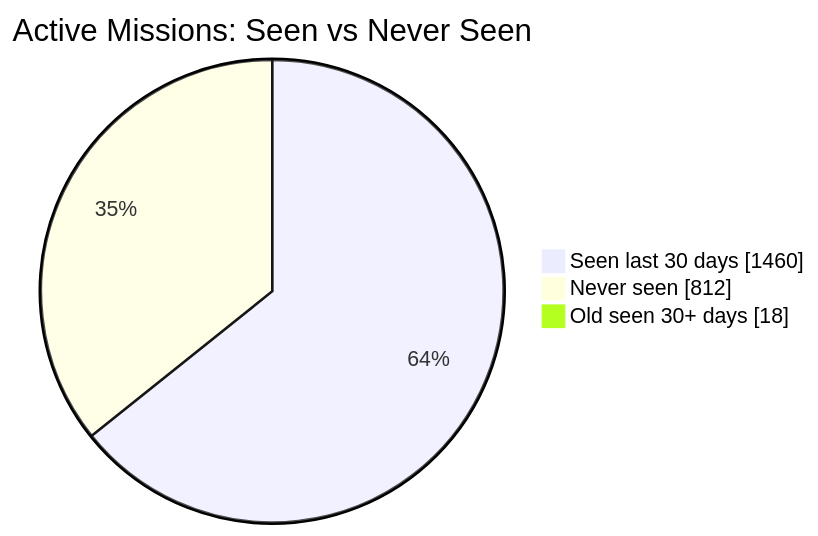
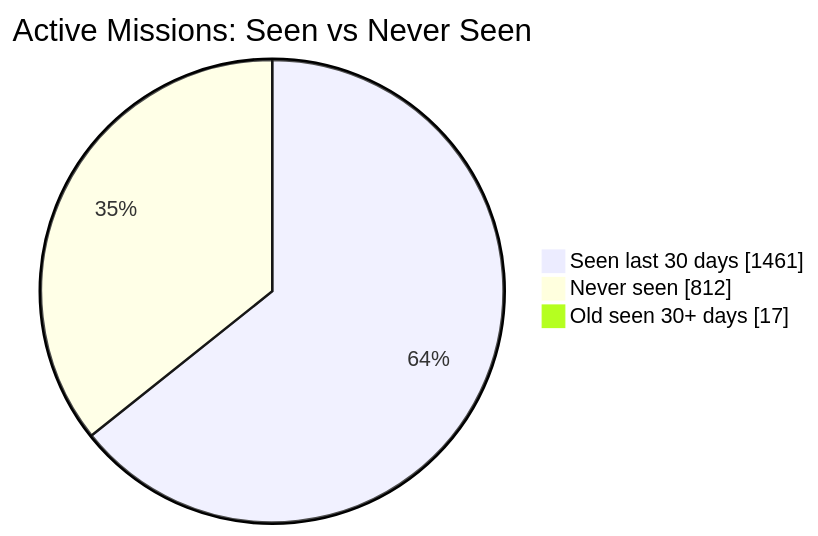
The first of 2 diagrams in README.md (MeldkamerspelGameTeam/active-missions), drawn with Mermaid before and after one commit. The commit also changed other lines of this file and 2 other files, not shown here.

````diff
--- a/README.md
+++ b/README.md
@@ -34,7 +34,7 @@
 ```mermaid
 pie showData
     title Active Missions: Seen vs Never Seen
-    "Seen last 30 days" : 1460
+    "Seen last 30 days" : 1461
     "Never seen" : 812
-    "Old seen 30+ days" : 18
+    "Old seen 30+ days" : 17
 ```
````
